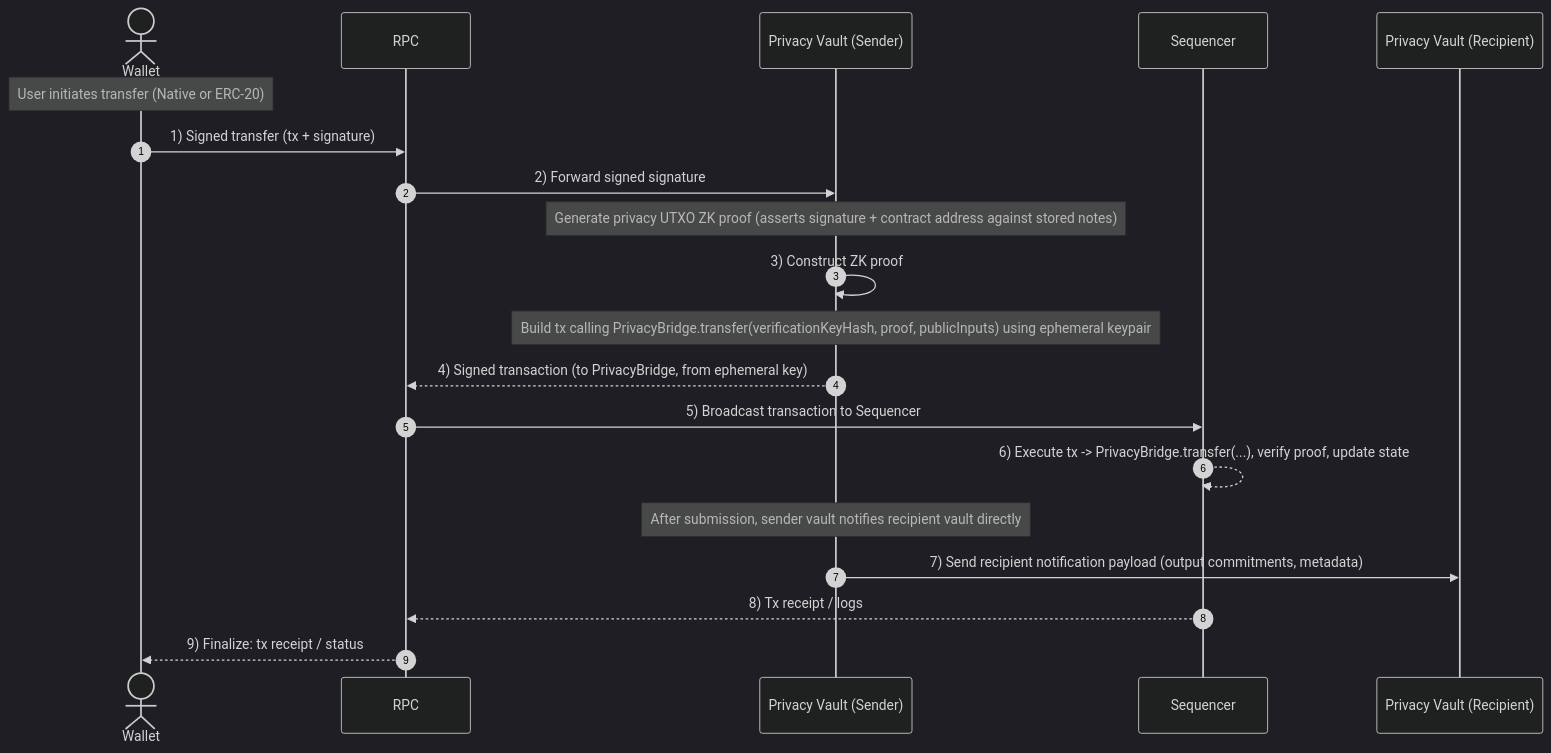
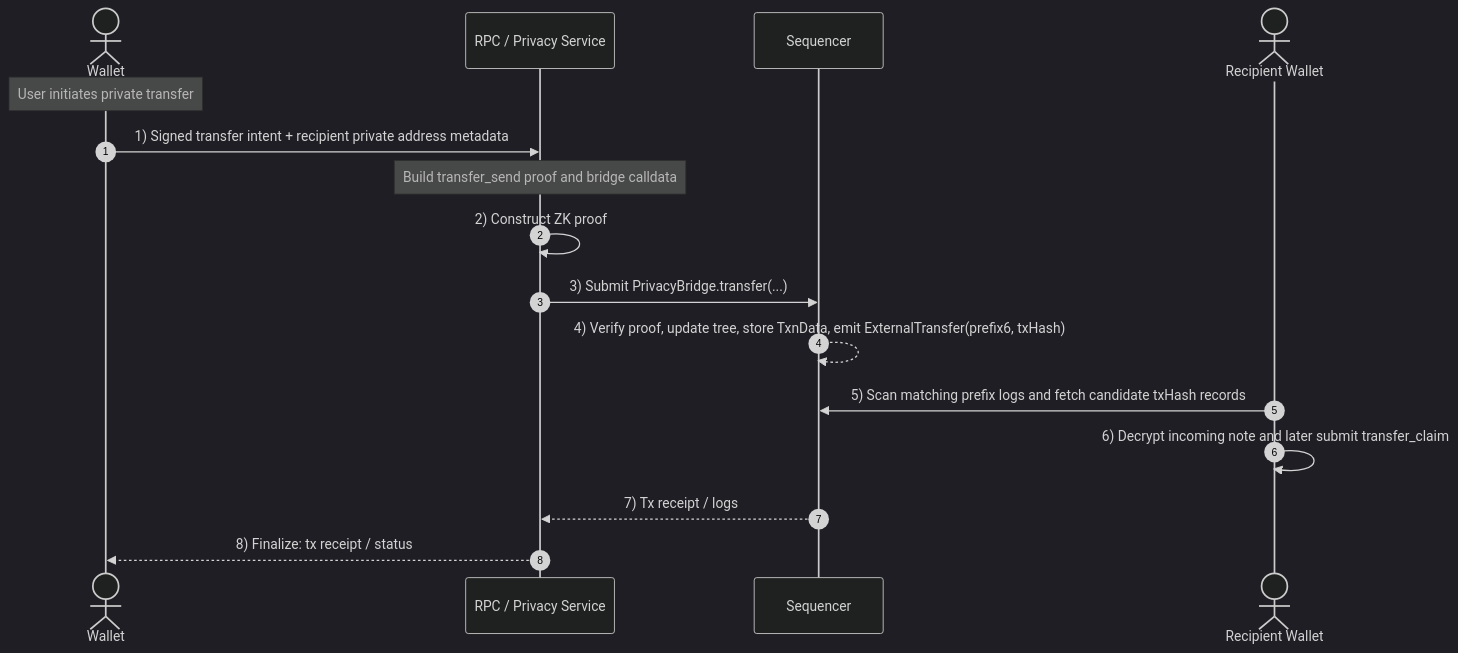
The diagram in docs/public/privacy/editor.md (polybase/payy), drawn with Mermaid (dark theme) before and after one commit. The commit also changed other lines of this file and 347 other files, not shown here.

````diff
--- a/docs/public/privacy/editor.md
+++ b/docs/public/privacy/editor.md
@@ -37,30 +55,23 @@
 ```mermaid
 sequenceDiagram
     autonumber
     actor W as Wallet
-    participant R as RPC
-    participant V as Privacy Vault (Sender)
+    participant R as RPC / Privacy Service
     participant S as Sequencer
-    participant V2 as Privacy Vault (Recipient)
+    actor T as Recipient Wallet
 
-    Note over W: User initiates transfer (Native or ERC-20)
-    W->>R: 1) Signed transfer (tx + signature)
+    Note over W: User initiates private transfer
+    W->>R: 1) Signed transfer intent + recipient private address metadata
 
-    R->>V: 2) Forward signed signature
+    Note over R: Build transfer_send proof and bridge calldata
+    R->>R: 2) Construct ZK proof
 
-    Note over V: Generate privacy UTXO ZK proof (asserts signature + contract address against stored notes)
-    V->>V: 3) Construct ZK proof
+    R->>S: 3) Submit PrivacyBridge.transfer(...)
+    S-->>S: 4) Verify proof, update tree, store TxnData, emit ExternalTransfer(prefix6, txHash)
 
-    Note over V: Build tx calling PrivacyBridge.transfer(verificationKeyHash, proof, publicInputs) using ephemeral keypair
-    V-->>R: 4) Signed transaction (to PrivacyBridge, from ephemeral key)
+    T->>S: 5) Scan matching prefix logs and fetch candidate txHash records
+    T->>T: 6) Decrypt incoming note and later submit transfer_claim
 
-    R->>S: 5) Broadcast transaction to Sequencer
-    S-->>S: 6) Execute tx -> PrivacyBridge.transfer(...), verify proof, update state
-
-    Note over V: After submission, sender vault notifies recipient vault directly
-    V->>V2: 7) Send recipient notification payload (output commitments, metadata)
-
-    S-->>R: 8) Tx receipt / logs
-    R-->>W: 9) Finalize: tx receipt / status
-
+    S-->>R: 7) Tx receipt / logs
+    R-->>W: 8) Finalize: tx receipt / status
 ```
````
